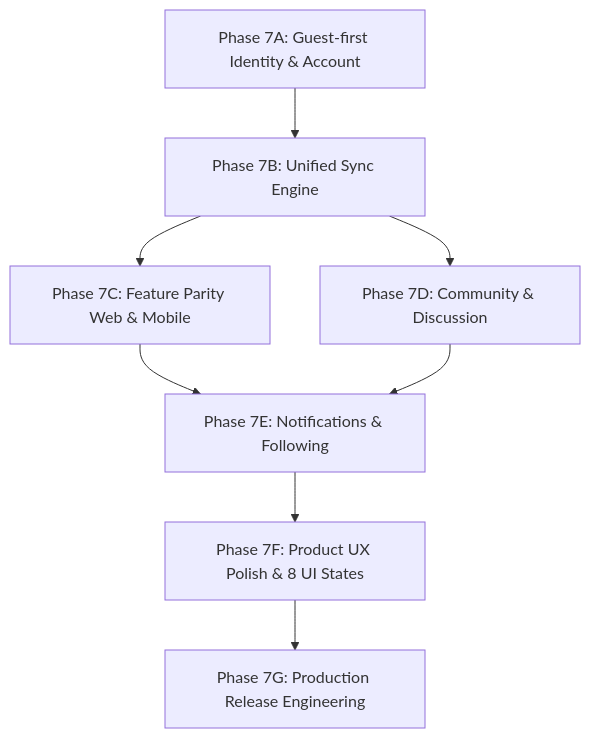
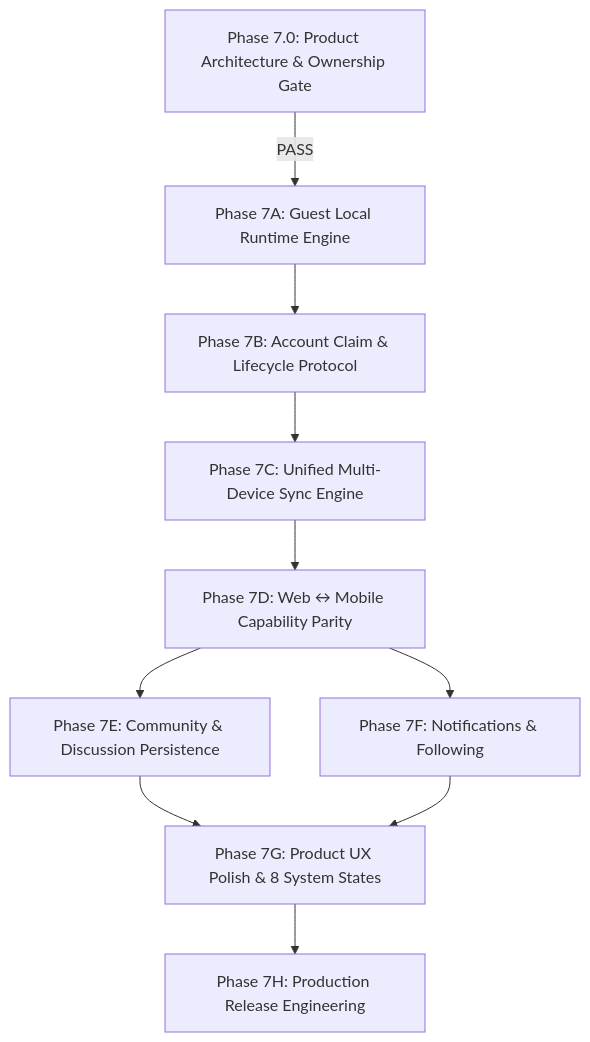
Before and after one commit to HIepNgoc2006/OmniNovel: the diagram in plans/phases/phase_07_product_completion.md, drawn with Mermaid. The commit also changed other lines of this file and 6 other files, not shown here.

Commit message:
docs(phase-7): pass Phase 7.0 design gate with 4 canonical specs and amend Phase 7A local runtime plan

````diff
--- a/plans/phases/phase_07_product_completion.md
+++ b/plans/phases/phase_07_product_completion.md
@@ -30,10 +20,12 @@
 ```mermaid
 graph TD
-    A[Phase 7A: Guest-first Identity & Account] --> B[Phase 7B: Unified Sync Engine]
-    B --> C[Phase 7C: Feature Parity Web & Mobile]
-    B --> D[Phase 7D: Community & Discussion]
-    C --> E[Phase 7E: Notifications & Following]
-    D --> E
-    E --> F[Phase 7F: Product UX Polish & 8 UI States]
-    F --> G[Phase 7G: Production Release Engineering]
+    Gate[Phase 7.0: Product Architecture & Ownership Gate] -->|PASS| A[Phase 7A: Guest Local Runtime Engine]
+    A --> B[Phase 7B: Account Claim & Lifecycle Protocol]
+    B --> C[Phase 7C: Unified Multi-Device Sync Engine]
+    C --> D[Phase 7D: Web ↔ Mobile Capability Parity]
+    D --> E[Phase 7E: Community & Discussion Persistence]
+    D --> F[Phase 7F: Notifications & Following]
+    E --> G[Phase 7G: Product UX Polish & 8 System States]
+    F --> G
+    G --> H[Phase 7H: Production Release Engineering]
 ```
````
